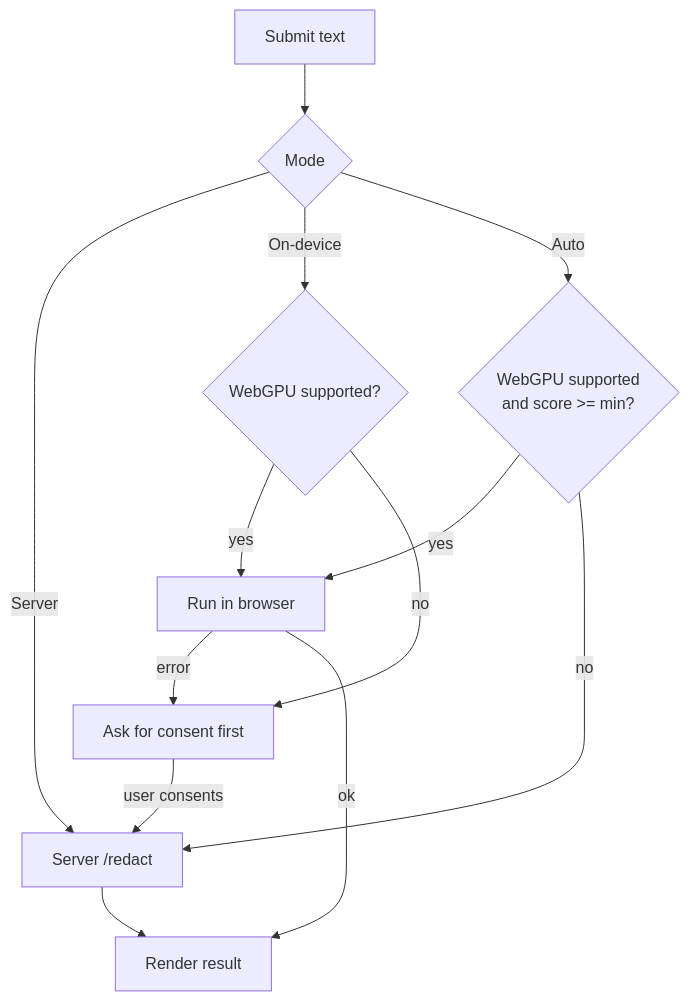
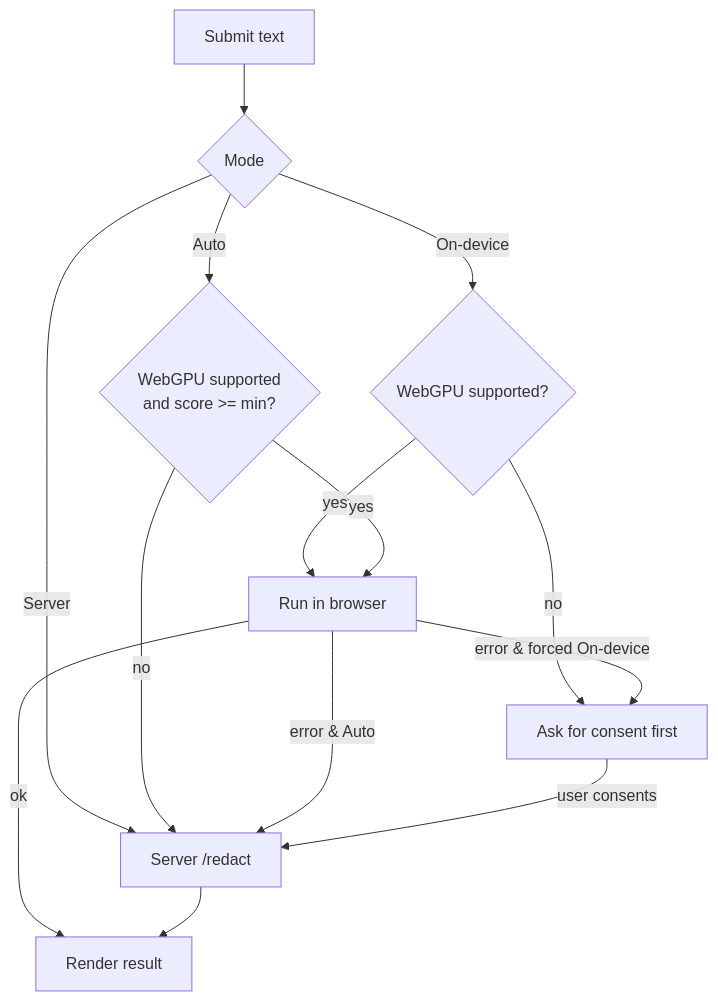
One commit to leokwsw/openai-privacy-filter changed the diagram in README.md. Above: the diagram before and after it, drawn with Mermaid. The commit also changed other lines of this file and 5 other files, not shown here.

````diff
--- a/README.md
+++ b/README.md
@@ -94,15 +86,16 @@
 ```mermaid
 flowchart TD
     A[Submit text] --> B{Mode}
     B -->|Server| S[Server /redact]
     B -->|On-device| C{WebGPU supported?}
     B -->|Auto| D{WebGPU supported<br/>and score >= min?}
     C -->|yes| E[Run in browser]
     C -->|no| K[Ask for consent first]
     D -->|yes| E
     D -->|no| S
-    E -->|error| K
+    E -->|error & forced On-device| K
+    E -->|error & Auto| S
     E -->|ok| R[Render result]
     K -->|user consents| S
     S --> R
 ```
````
